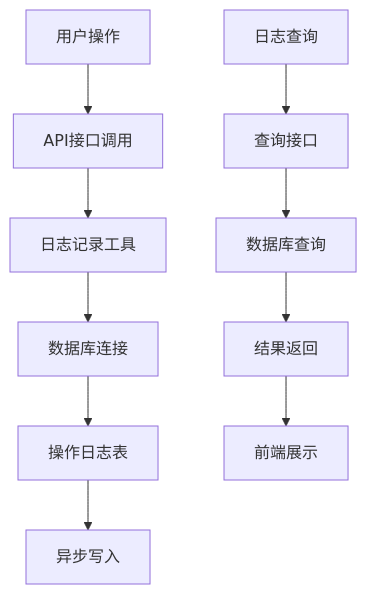
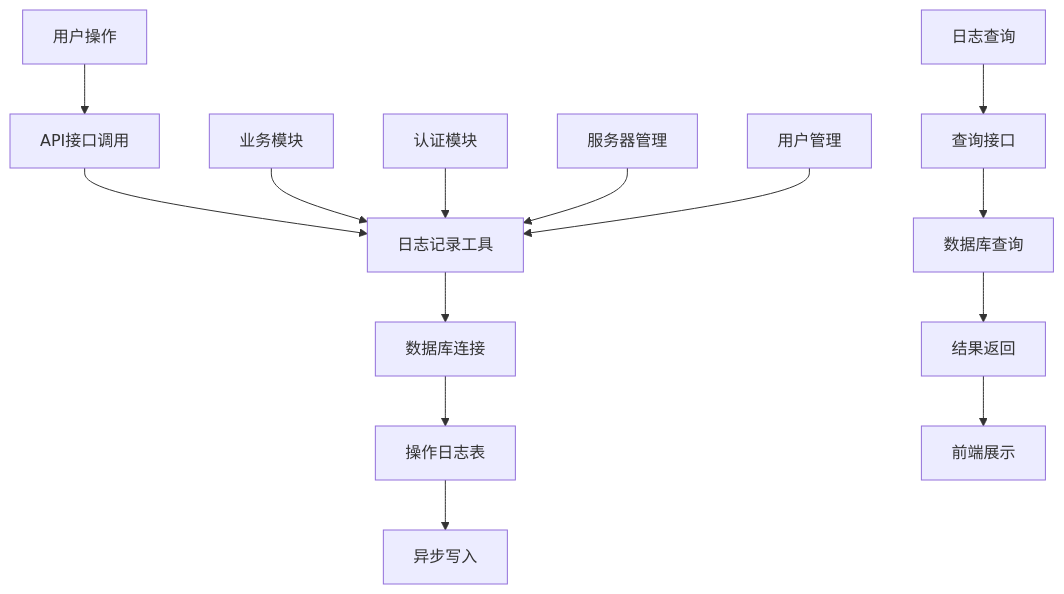
One commit to ismine3/OPS changed the third of 9 diagrams in .qoder/repowiki/zh/content/核心功能模块/操作日志管理模块.md. Above: the diagram before and after it, drawn with Mermaid. The commit also changed other lines of this file and 5 other files, not shown here.

````diff
--- a/.qoder/repowiki/zh/content/核心功能模块/操作日志管理模块.md
+++ b/.qoder/repowiki/zh/content/核心功能模块/操作日志管理模块.md
@@ -133,12 +154,16 @@
 ```mermaid
 flowchart TD
 A[用户操作] --> B[API接口调用]
 B --> C[日志记录工具]
 C --> D[数据库连接]
 D --> E[操作日志表]
 E --> F[异步写入]
 G[日志查询] --> H[查询接口]
 H --> I[数据库查询]
 I --> J[结果返回]
 J --> K[前端展示]
+L[业务模块] --> C
+M[认证模块] --> C
+N[服务器管理] --> C
+O[用户管理] --> C
 ```
````
